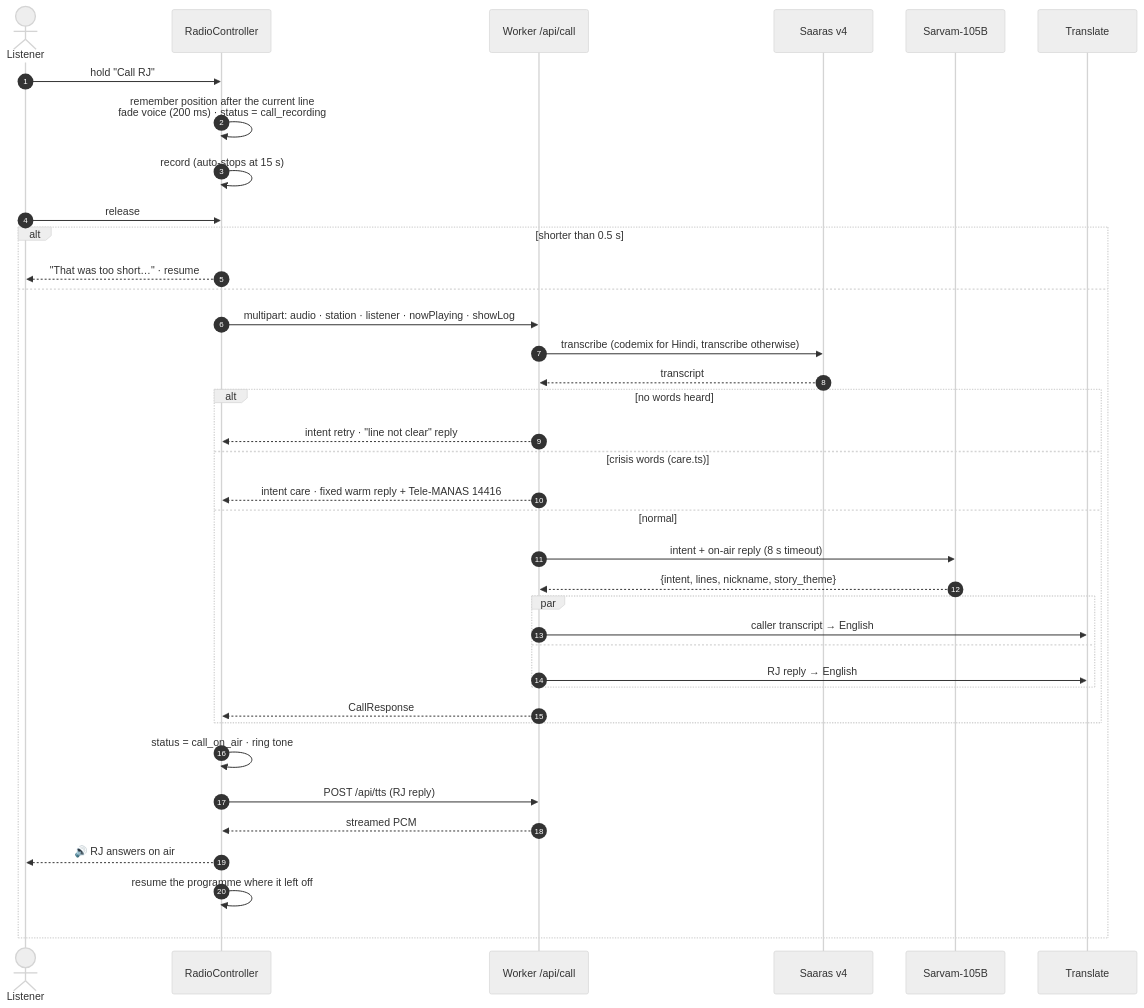
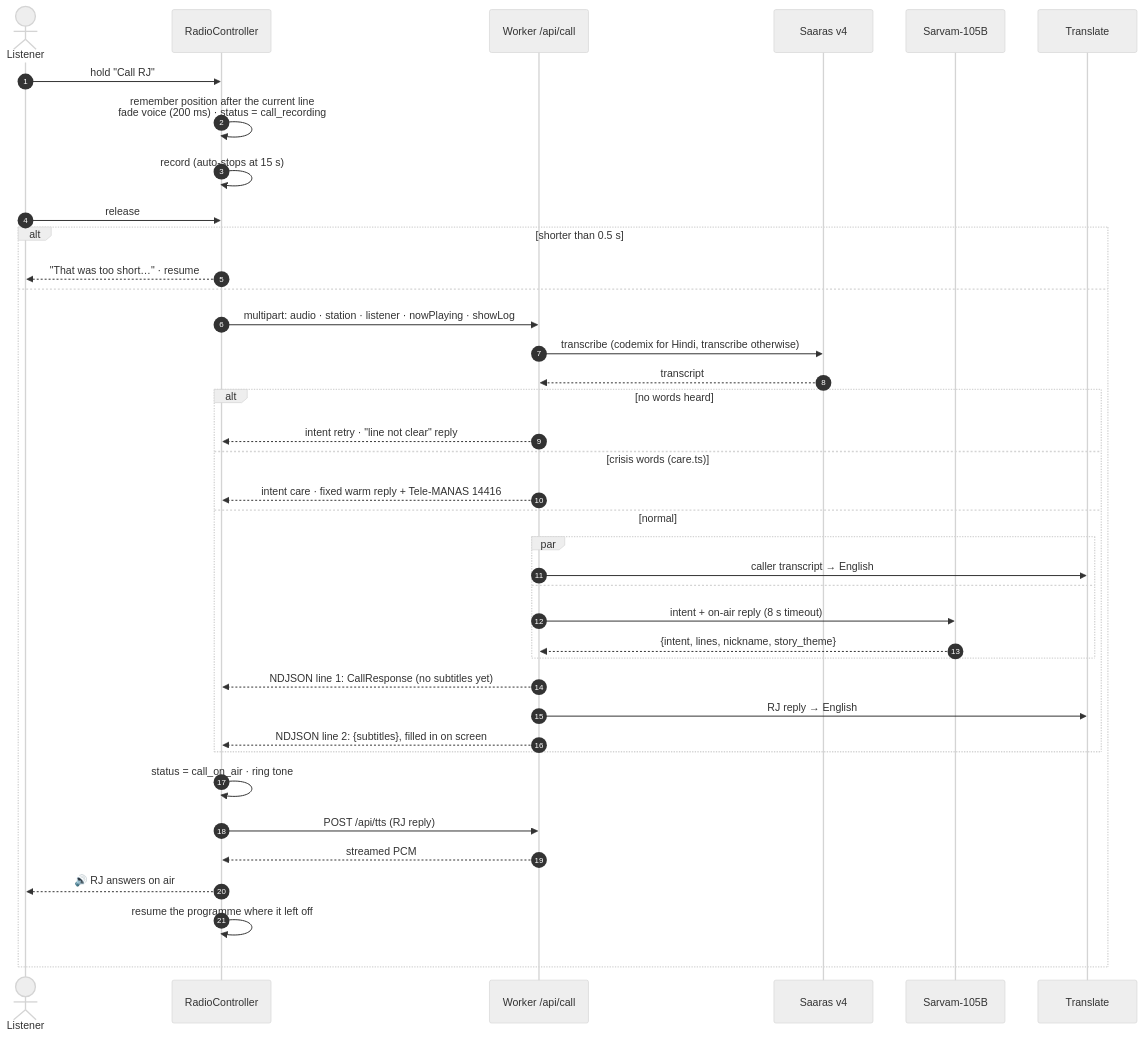
Before and after one commit to harshbhx/tarang-fm: diagram 11 of 17 in docs/ARCHITECTURE.md, drawn with Mermaid (neutral theme). The commit also changed other lines of this file and 8 other files, not shown here.

````diff
--- a/docs/ARCHITECTURE.md
+++ b/docs/ARCHITECTURE.md
@@ -315,41 +336,42 @@
 ```mermaid
 sequenceDiagram
   autonumber
   actor U as Listener
   participant C as RadioController
   participant W as Worker /api/call
   participant STT as Saaras v4
   participant LLM as Sarvam-105B
   participant TR as Translate
 
   U->>C: hold "Call RJ"
   C->>C: remember position after the current line<br/>fade voice (200 ms) · status = call_recording
   C->>C: record (auto-stops at 15 s)
   U->>C: release
   alt shorter than 0.5 s
     C-->>U: "That was too short…" · resume
   else
     C->>W: multipart: audio · station · listener · nowPlaying · showLog
     W->>STT: transcribe (codemix for Hindi, transcribe otherwise)
     STT-->>W: transcript
     alt no words heard
       W-->>C: intent retry · "line not clear" reply
     else crisis words (care.ts)
       W-->>C: intent care · fixed warm reply + Tele-MANAS 14416
     else normal
-      W->>LLM: intent + on-air reply (8 s timeout)
-      LLM-->>W: {intent, lines, nickname, story_theme}
       par
         W->>TR: caller transcript → English
       and
-        W->>TR: RJ reply → English
+        W->>LLM: intent + on-air reply (8 s timeout)
+        LLM-->>W: {intent, lines, nickname, story_theme}
       end
-      W-->>C: CallResponse
+      W-->>C: NDJSON line 1: CallResponse (no subtitles yet)
+      W->>TR: RJ reply → English
+      W-->>C: NDJSON line 2: {subtitles}, filled in on screen
     end
     C->>C: status = call_on_air · ring tone
     C->>W: POST /api/tts (RJ reply)
     W-->>C: streamed PCM
     C-->>U: 🔊 RJ answers on air
     C->>C: resume the programme where it left off
   end
 ```
````
